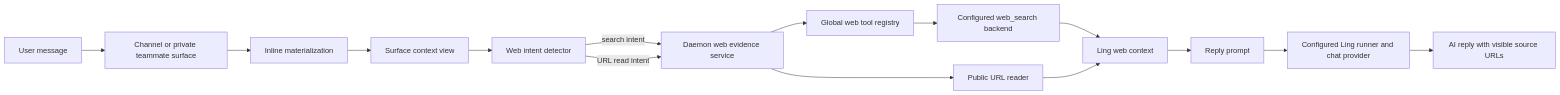
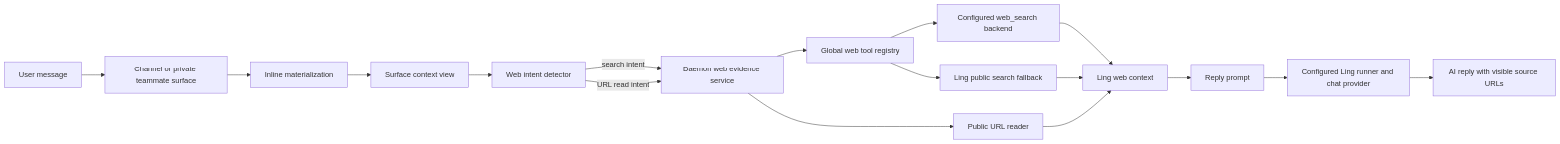
Before and after one commit to ling-stack-org/ling-stack: the first of 2 diagrams in docs/design/ling-web-tools.md, drawn with Mermaid. The commit also changed other lines of this file and 5 other files, not shown here.

Commit message:
Add host public web search fallback

````diff
--- a/docs/design/ling-web-tools.md
+++ b/docs/design/ling-web-tools.md
@@ -15,17 +15,19 @@
 ```mermaid
 flowchart LR
   User["User message"] --> Surface["Channel or private teammate surface"]
   Surface --> Materialize["Inline materialization"]
   Materialize --> Envelope["Surface context view"]
   Envelope --> WebIntent["Web intent detector"]
   WebIntent -->|search intent| Evidence["Daemon web evidence service"]
   Evidence --> Registry["Global web tool registry"]
   Registry --> SearchBackend["Configured web_search backend"]
+  Registry --> PublicSearch["Ling public search fallback"]
   WebIntent -->|URL read intent| Evidence
   Evidence --> ReadUrl["Public URL reader"]
   SearchBackend --> Context["Ling web context"]
+  PublicSearch --> Context
   ReadUrl --> Context
   Context --> Prompt["Reply prompt"]
   Prompt --> Runner["Configured Ling runner and chat provider"]
   Runner --> Reply["AI reply with visible source URLs"]
 ```
````
